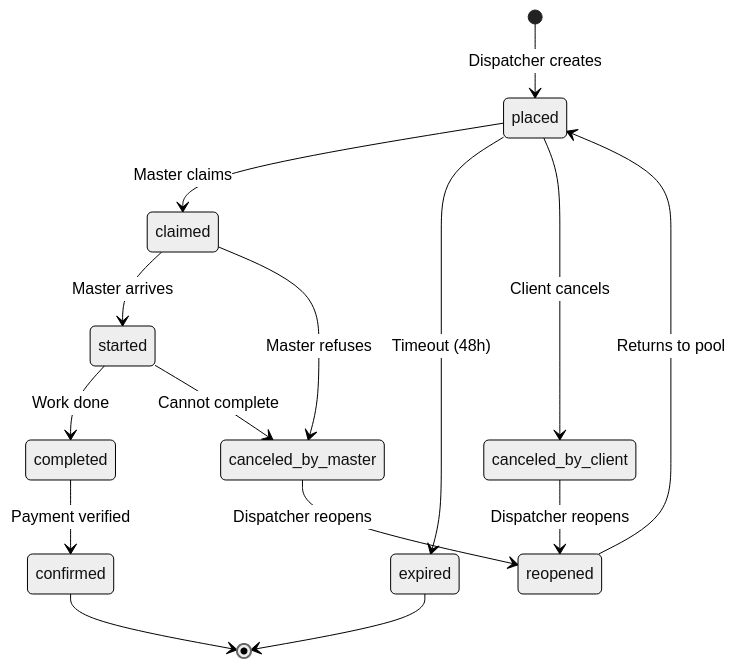
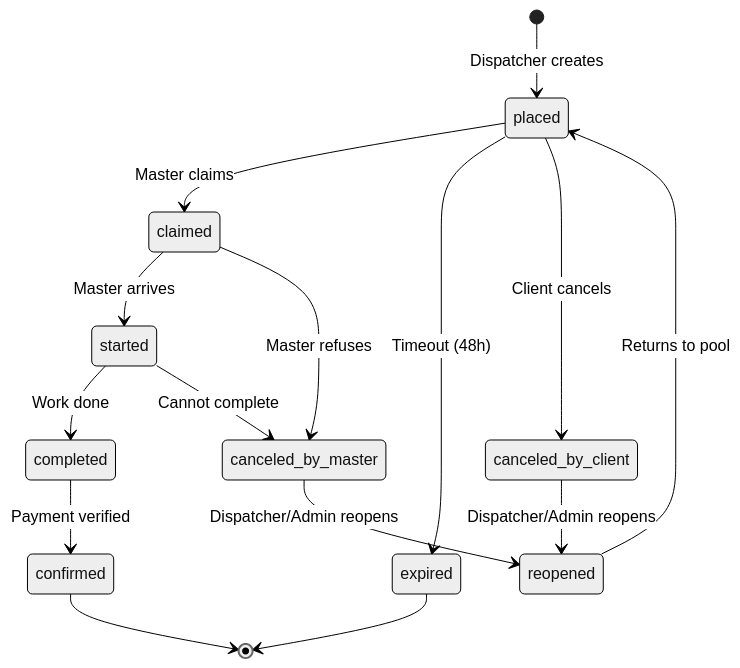
The third of 4 diagrams in PROJECT_DOCUMENTATION.md (shaytanaraba/usta_hub), drawn with Mermaid (neutral theme) before and after one commit. The commit also changed other lines of this file and 8 other files, not shown here.

````diff
--- a/PROJECT_DOCUMENTATION.md
+++ b/PROJECT_DOCUMENTATION.md
@@ -185,22 +185,22 @@
 ```mermaid
 stateDiagram-v2
     [*] --> placed: Dispatcher creates
     placed --> claimed: Master claims
     placed --> expired: Timeout (48h)
     placed --> canceled_by_client: Client cancels
     
     claimed --> started: Master arrives
     claimed --> canceled_by_master: Master refuses
     
     started --> completed: Work done
     started --> canceled_by_master: Cannot complete
     
     completed --> confirmed: Payment verified
     
-    canceled_by_master --> reopened: Dispatcher reopens
-    canceled_by_client --> reopened: Dispatcher reopens
+    canceled_by_master --> reopened: Dispatcher/Admin reopens
+    canceled_by_client --> reopened: Dispatcher/Admin reopens
     reopened --> placed: Returns to pool
     
     confirmed --> [*]
     expired --> [*]
 ```
````
